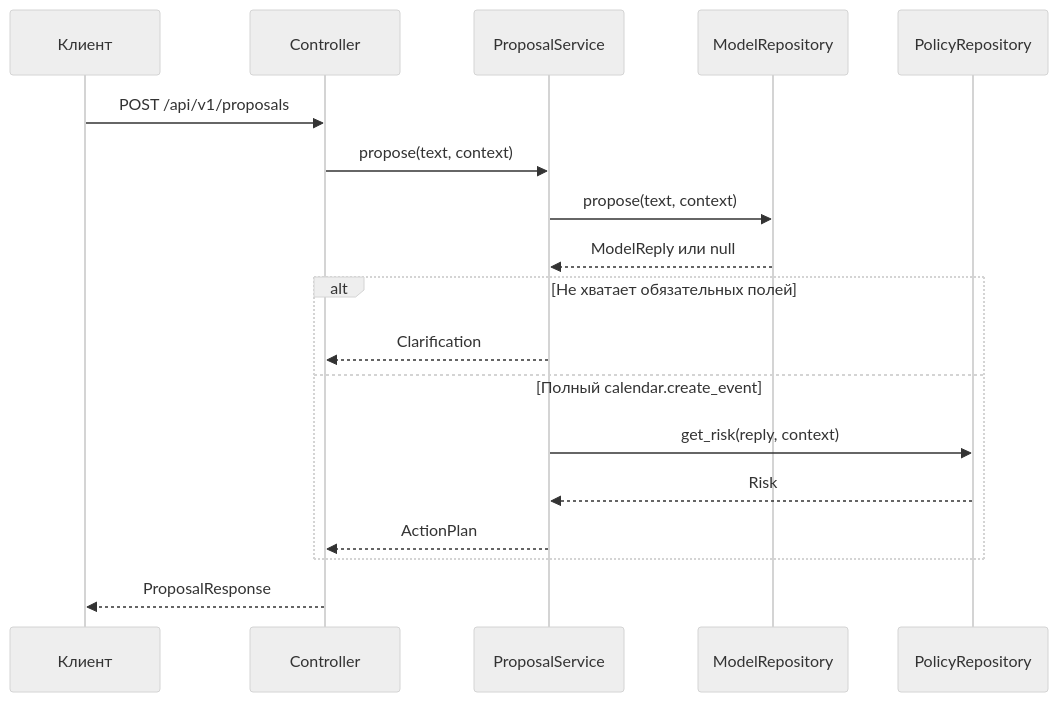
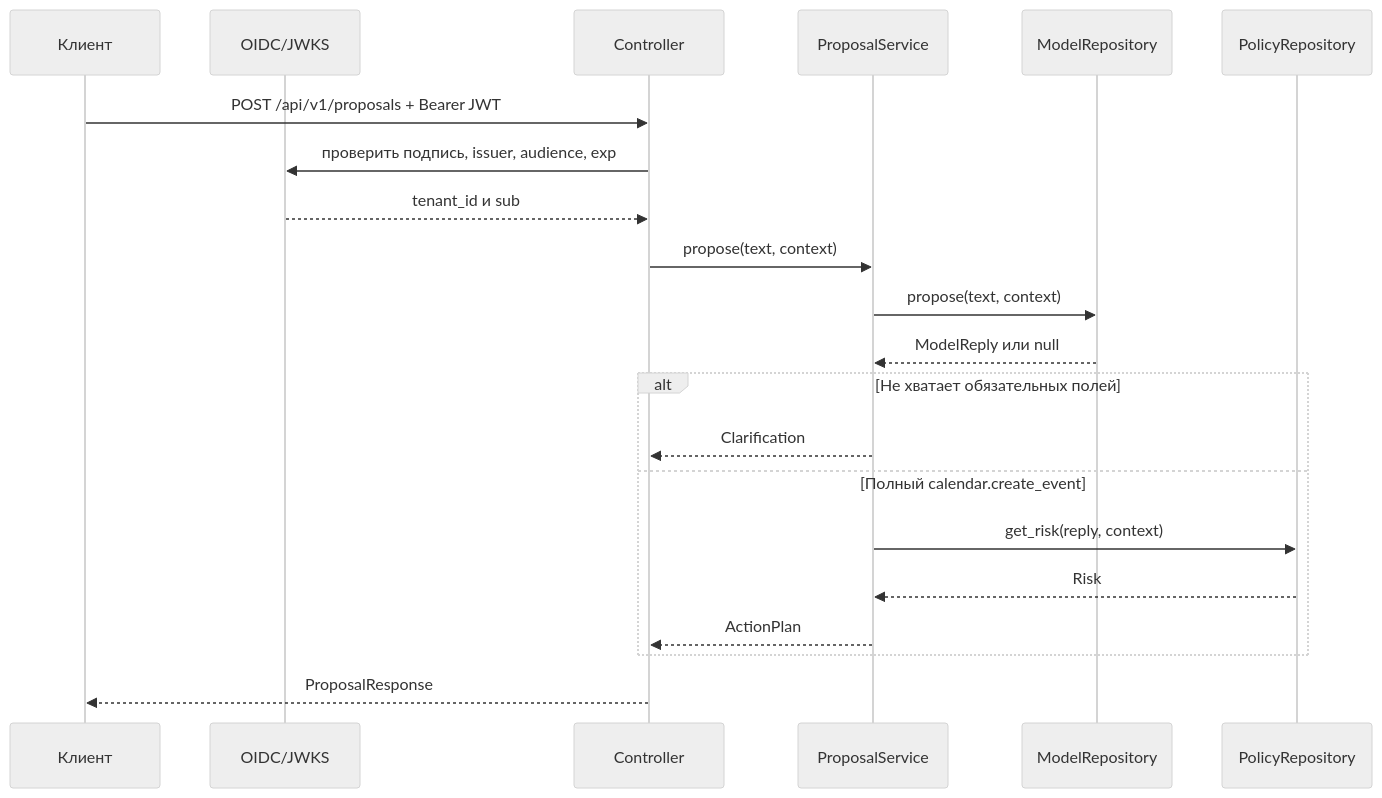
One commit to portable-agent/agent-runtime changed the diagram in docs/architecture.md. Above: the diagram before and after it, drawn with Mermaid (neutral theme). The commit also changed other lines of this file and 22 other files, not shown here.

````diff
--- a/docs/architecture.md
+++ b/docs/architecture.md
@@ -5,21 +5,24 @@
 ```mermaid
 sequenceDiagram
     participant Client as Клиент
+    participant OIDC as OIDC/JWKS
     participant Controller as Controller
     participant Service as ProposalService
     participant Model as ModelRepository
     participant Policy as PolicyRepository
 
-    Client->>Controller: POST /api/v1/proposals
+    Client->>Controller: POST /api/v1/proposals + Bearer JWT
+    Controller->>OIDC: проверить подпись, issuer, audience, exp
+    OIDC-->>Controller: tenant_id и sub
     Controller->>Service: propose(text, context)
     Service->>Model: propose(text, context)
     Model-->>Service: ModelReply или null
     alt Не хватает обязательных полей
         Service-->>Controller: Clarification
     else Полный calendar.create_event
         Service->>Policy: get_risk(reply, context)
         Policy-->>Service: Risk
         Service-->>Controller: ActionPlan
     end
     Controller-->>Client: ProposalResponse
 ```
````
